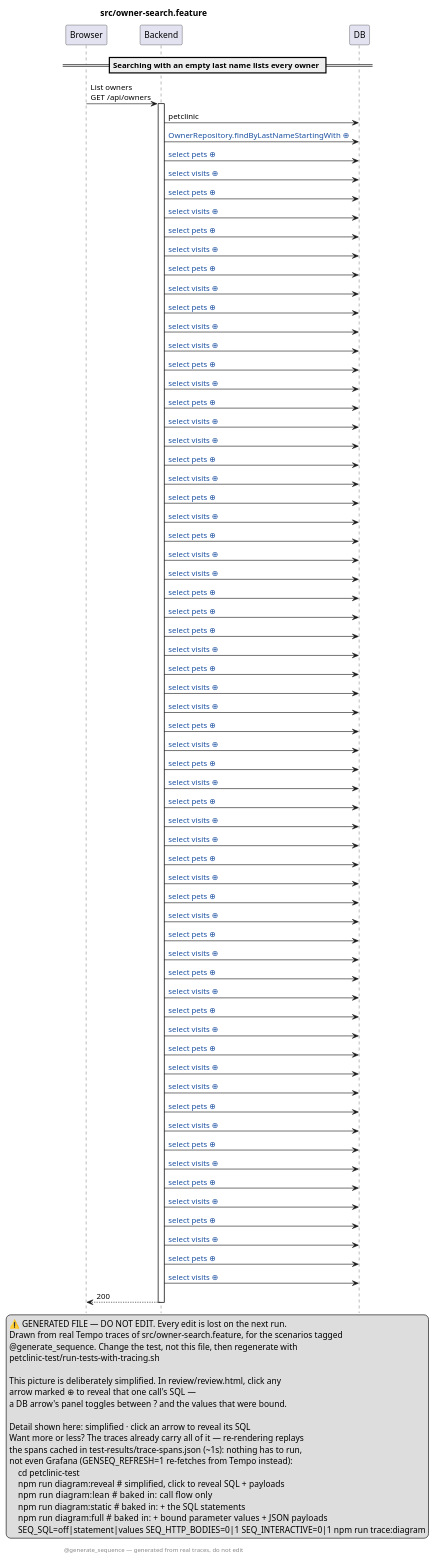
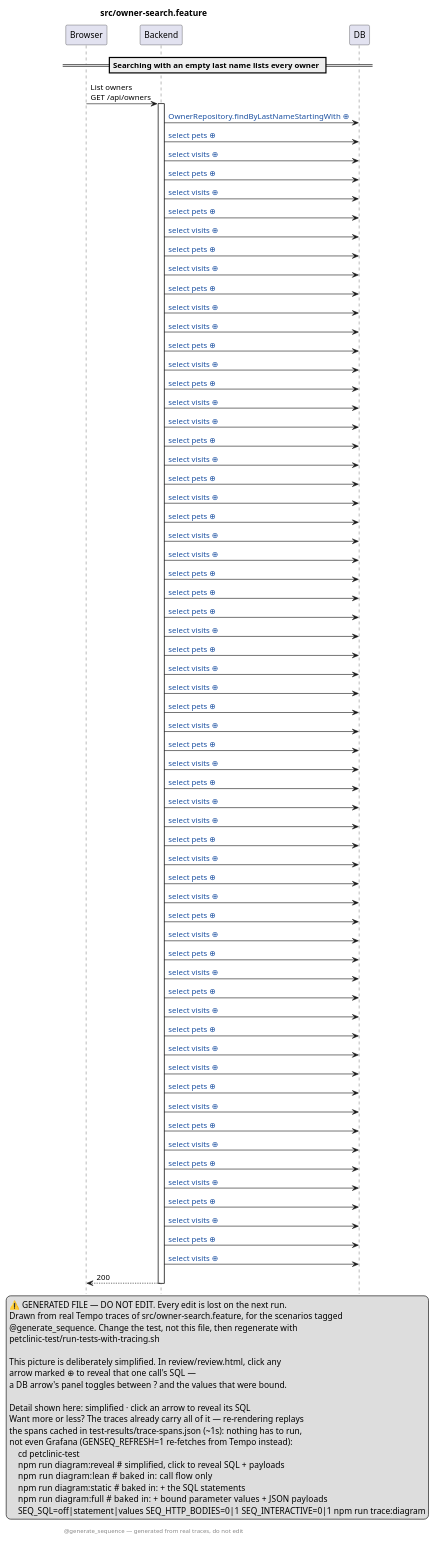
One commit to victorrentea/petclinic changed the diagram in petclinic-test/src/owner-search.feature.genseq.puml. Above: the diagram before and after it, drawn with PlantUML. The commit also changed 5 other files, not shown here.

```diff
--- a/petclinic-test/src/owner-search.feature.genseq.puml
+++ b/petclinic-test/src/owner-search.feature.genseq.puml
@@ -1,99 +1,98 @@
 @startuml
 ' ⚠️  GENERATED FILE — DO NOT EDIT. Every edit is lost on the next run.
 hide footbox
 skinparam hyperlinkUnderline false
 skinparam hyperlinkColor #1A4FA0
 title src/owner-search.feature
 legend right
   ⚠️  GENERATED FILE — DO NOT EDIT. Every edit is lost on the next run.
   Drawn from real Tempo traces of src/owner-search.feature, for the scenarios tagged
   @generate_sequence. Change the test, not this file, then regenerate with
   petclinic-test/run-tests-with-tracing.sh
  
   This picture is deliberately simplified. In review/review.html, click any
   arrow marked ⊕ to reveal that one call's SQL —
   a DB arrow's panel toggles between ? and the values that were bound.
  
   Detail shown here: simplified · click an arrow to reveal its SQL
   Want more or less? The traces already carry all of it — re-rendering replays
   the spans cached in test-results/trace-spans.json (~1s): nothing has to run,
   not even Grafana (GENSEQ_REFRESH=1 re-fetches from Tempo instead):
       cd petclinic-test
       npm run diagram:reveal  # simplified, click to reveal SQL + payloads
       npm run diagram:lean    # baked in: call flow only
       npm run diagram:static  # baked in: + the SQL statements
       npm run diagram:full    # baked in: + bound parameter values + JSON payloads
       SEQ_SQL=off|statement|values SEQ_HTTP_BODIES=0|1 SEQ_INTERACTIVE=0|1 npm run trace:diagram
 end legend
 footer @generate_sequence — generated from real traces, do not edit
 participant Browser
 participant Backend
 participant DB
 == Searching with an empty last name lists every owner ==
 Browser -> Backend: List owners\nGET /api/owners
 activate Backend
-Backend -> DB: petclinic
 Backend -> DB: [[genseq://1aoufu2{Click for the statement behind this call} OwnerRepository.findByLastNameStartingWith ⊕]]
 Backend -> DB: [[genseq://1hjadar{Click for the statement behind this call} select pets ⊕]]
 Backend -> DB: [[genseq://1bcshtp{Click for the statement behind this call} select visits ⊕]]
 Backend -> DB: [[genseq://1ywvbwm{Click for the statement behind this call} select pets ⊕]]
 Backend -> DB: [[genseq://0z85hco{Click for the statement behind this call} select visits ⊕]]
 Backend -> DB: [[genseq://0zrdtil{Click for the statement behind this call} select pets ⊕]]
 Backend -> DB: [[genseq://014al43{Click for the statement behind this call} select visits ⊕]]
 Backend -> DB: [[genseq://1e02kqw{Click for the statement behind this call} select pets ⊕]]
 Backend -> DB: [[genseq://19jw8ly{Click for the statement behind this call} select visits ⊕]]
 Backend -> DB: [[genseq://1afgvsf{Click for the statement behind this call} select pets ⊕]]
 Backend -> DB: [[genseq://1k944l8{Click for the statement behind this call} select visits ⊕]]
 Backend -> DB: [[genseq://15hw4kh{Click for the statement behind this call} select visits ⊕]]
 Backend -> DB: [[genseq://05qnn6q{Click for the statement behind this call} select pets ⊕]]
 Backend -> DB: [[genseq://1uai9tz{Click for the statement behind this call} select visits ⊕]]
 Backend -> DB: [[genseq://04yaot5{Click for the statement behind this call} select pets ⊕]]
 Backend -> DB: [[genseq://0ppzjxe{Click for the statement behind this call} select visits ⊕]]
 Backend -> DB: [[genseq://0prupmi{Click for the statement behind this call} select visits ⊕]]
 Backend -> DB: [[genseq://0j0trn8{Click for the statement behind this call} select pets ⊕]]
 Backend -> DB: [[genseq://1uessj3{Click for the statement behind this call} select visits ⊕]]
 Backend -> DB: [[genseq://0qutb9k{Click for the statement behind this call} select pets ⊕]]
 Backend -> DB: [[genseq://1xzehhk{Click for the statement behind this call} select visits ⊕]]
 Backend -> DB: [[genseq://0ow5hm5{Click for the statement behind this call} select pets ⊕]]
 Backend -> DB: [[genseq://0jv36o6{Click for the statement behind this call} select visits ⊕]]
 Backend -> DB: [[genseq://1jqpq99{Click for the statement behind this call} select visits ⊕]]
 Backend -> DB: [[genseq://1twjd9e{Click for the statement behind this call} select pets ⊕]]
 Backend -> DB: [[genseq://179pa5r{Click for the statement behind this call} select pets ⊕]]
 Backend -> DB: [[genseq://0spdoa4{Click for the statement behind this call} select pets ⊕]]
 Backend -> DB: [[genseq://02hi82b{Click for the statement behind this call} select visits ⊕]]
 Backend -> DB: [[genseq://1rv9amp{Click for the statement behind this call} select pets ⊕]]
 Backend -> DB: [[genseq://1s4i48c{Click for the statement behind this call} select visits ⊕]]
 Backend -> DB: [[genseq://0sxylsh{Click for the statement behind this call} select visits ⊕]]
 Backend -> DB: [[genseq://1vr3q9y{Click for the statement behind this call} select pets ⊕]]
 Backend -> DB: [[genseq://0qywo6i{Click for the statement behind this call} select visits ⊕]]
 Backend -> DB: [[genseq://11eqpar{Click for the statement behind this call} select pets ⊕]]
 Backend -> DB: [[genseq://0i95j7b{Click for the statement behind this call} select visits ⊕]]
 Backend -> DB: [[genseq://0zn1he8{Click for the statement behind this call} select pets ⊕]]
 Backend -> DB: [[genseq://0z1nibr{Click for the statement behind this call} select visits ⊕]]
 Backend -> DB: [[genseq://1luphfe{Click for the statement behind this call} select visits ⊕]]
 Backend -> DB: [[genseq://1yz2s51{Click for the statement behind this call} select pets ⊕]]
 Backend -> DB: [[genseq://02ksvnp{Click for the statement behind this call} select visits ⊕]]
 Backend -> DB: [[genseq://1ui76yh{Click for the statement behind this call} select pets ⊕]]
 Backend -> DB: [[genseq://0vfbpsw{Click for the statement behind this call} select visits ⊕]]
 Backend -> DB: [[genseq://1wn2wlw{Click for the statement behind this call} select pets ⊕]]
 Backend -> DB: [[genseq://1k8rtyj{Click for the statement behind this call} select visits ⊕]]
 Backend -> DB: [[genseq://06hjrnf{Click for the statement behind this call} select pets ⊕]]
 Backend -> DB: [[genseq://00y4ify{Click for the statement behind this call} select visits ⊕]]
 Backend -> DB: [[genseq://10nowmm{Click for the statement behind this call} select pets ⊕]]
 Backend -> DB: [[genseq://1wfrp61{Click for the statement behind this call} select visits ⊕]]
 Backend -> DB: [[genseq://1o34u8l{Click for the statement behind this call} select pets ⊕]]
 Backend -> DB: [[genseq://131zikf{Click for the statement behind this call} select visits ⊕]]
 Backend -> DB: [[genseq://0wl4y10{Click for the statement behind this call} select visits ⊕]]
 Backend -> DB: [[genseq://14lgvhs{Click for the statement behind this call} select pets ⊕]]
 Backend -> DB: [[genseq://0cgh436{Click for the statement behind this call} select visits ⊕]]
 Backend -> DB: [[genseq://0ccg4wn{Click for the statement behind this call} select pets ⊕]]
 Backend -> DB: [[genseq://18twor0{Click for the statement behind this call} select visits ⊕]]
 Backend -> DB: [[genseq://1klw40a{Click for the statement behind this call} select pets ⊕]]
 Backend -> DB: [[genseq://1ksbt81{Click for the statement behind this call} select visits ⊕]]
 Backend -> DB: [[genseq://1m8kh81{Click for the statement behind this call} select pets ⊕]]
 Backend -> DB: [[genseq://1obsoh2{Click for the statement behind this call} select visits ⊕]]
 Backend -> DB: [[genseq://18567ho{Click for the statement behind this call} select pets ⊕]]
 Backend -> DB: [[genseq://1eq1h2q{Click for the statement behind this call} select visits ⊕]]
 Backend --> Browser: 200
 deactivate Backend
 @enduml
```
